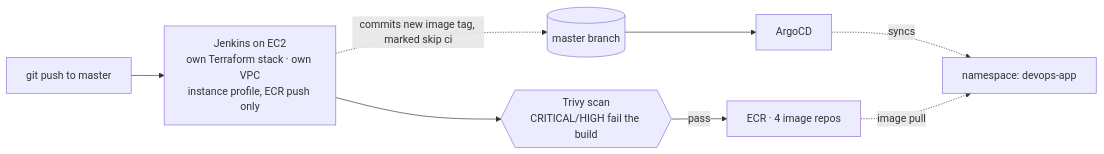
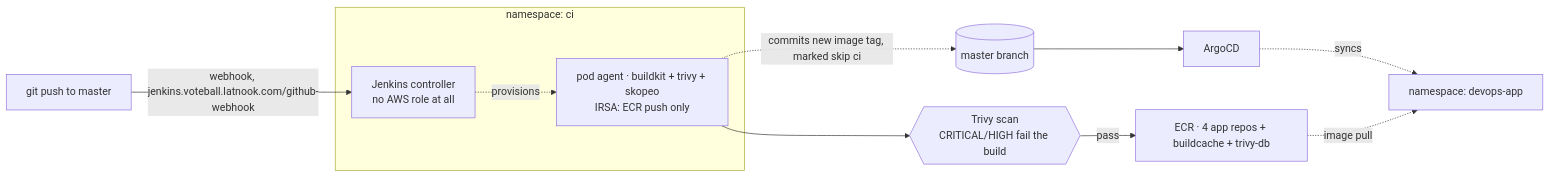
The fourth of 4 diagrams in docs/eks/architecture.md (Latnook/voteball), drawn with Mermaid before and after one commit. The commit also changed other lines of this file and 10 other files, not shown here.

````diff
--- a/docs/eks/architecture.md
+++ b/docs/eks/architecture.md
@@ -133,9 +133,16 @@
 ```mermaid
 flowchart LR
-    push[git push to master] --> jenkins[Jenkins on EC2<br/>own Terraform stack · own VPC<br/>instance profile, ECR push only]
-    jenkins --> trivy{{Trivy scan<br/>CRITICAL/HIGH fail the build}}
-    trivy -->|pass| ecr[ECR · 4 image repos]
-    jenkins -.->|commits new image tag, marked skip ci| master[(master branch)]
+    push[git push to master] -->|webhook, jenkins.voteball.latnook.com/github-webhook| jenkins
+
+    subgraph ci["namespace: ci"]
+        jenkins[Jenkins controller<br/>no AWS role at all]
+        agent[pod agent · buildkit + trivy + skopeo<br/>IRSA: ECR push only]
+        jenkins -.->|provisions| agent
+    end
+
+    agent --> trivy{{Trivy scan<br/>CRITICAL/HIGH fail the build}}
+    trivy -->|pass| ecr[ECR · 4 app repos + buildcache + trivy-db]
+    agent -.->|commits new image tag, marked skip ci| master[(master branch)]
     master --> argocd[ArgoCD] -.->|syncs| ns[namespace: devops-app]
     ecr -.->|image pull| ns
 ```
````
